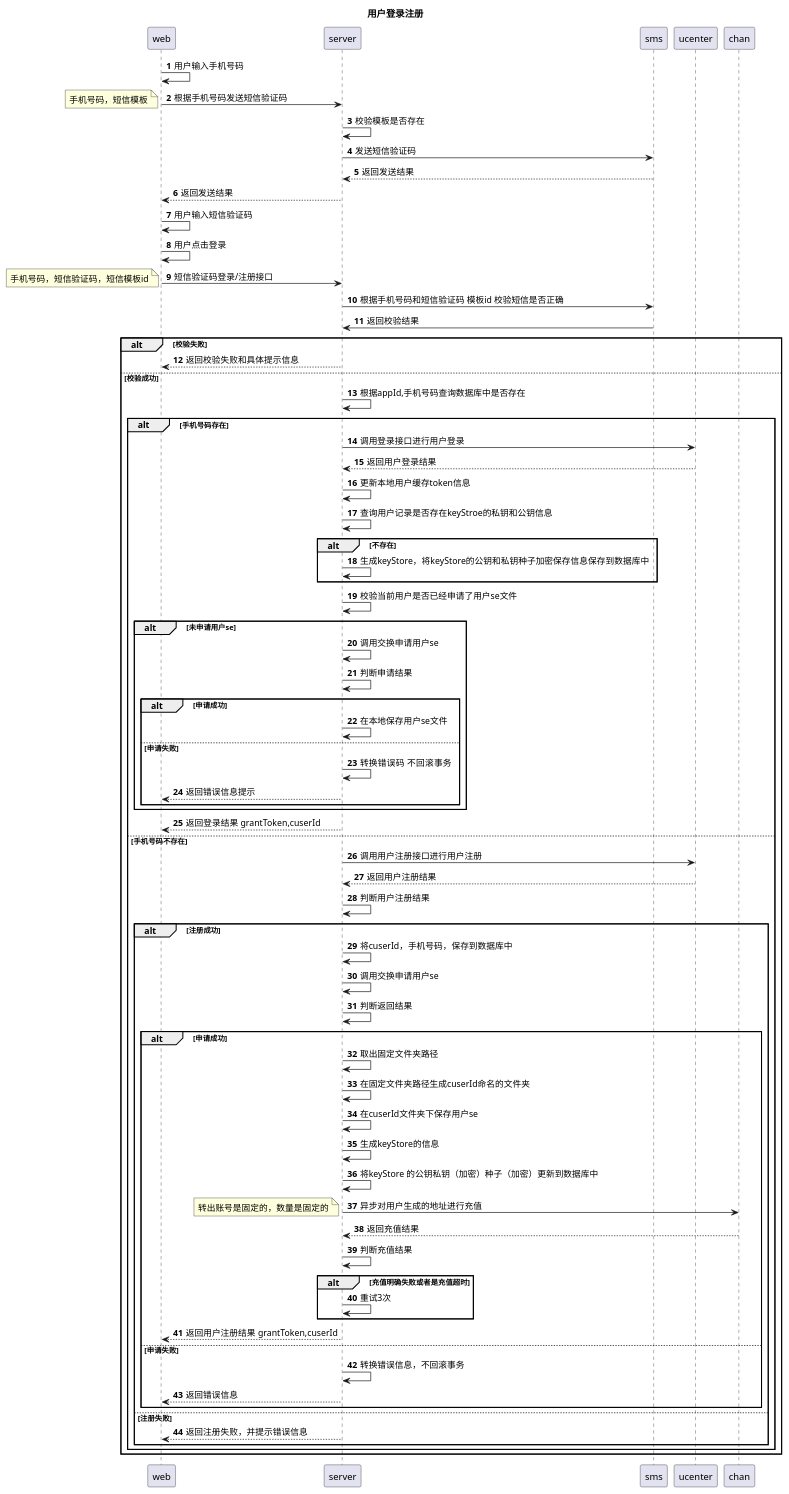
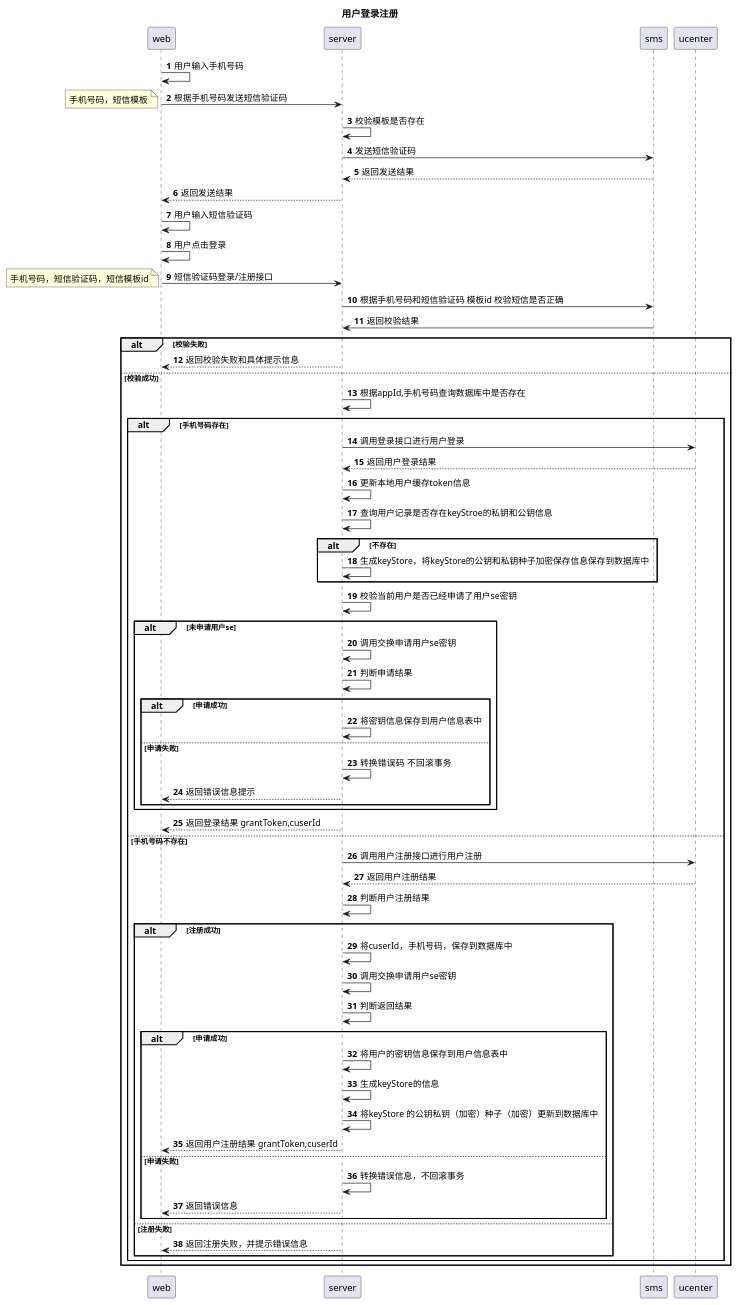
One commit to 13589080127/zc-design changed the diagram in doc/旷肽链文件授权/用户登录注册.puml. Above: the diagram before and after it, drawn with PlantUML. The commit also changed 6 other files, not shown here.

Commit message:
增加uml 图

```diff
--- a/doc/旷肽链文件授权/用户登录注册.puml
+++ b/doc/旷肽链文件授权/用户登录注册.puml
@@ -1,73 +1,64 @@
 @startuml
 title:用户登录注册
 autonumber
 web->web:用户输入手机号码
 web->server:根据手机号码发送短信验证码
 note left: 手机号码，短信模板
 server->server:校验模板是否存在
 server->sms:发送短信验证码
 sms-->server:返回发送结果
 server-->web:返回发送结果
 web->web:用户输入短信验证码
 web->web:用户点击登录
 web->server:短信验证码登录/注册接口
 note left:手机号码，短信验证码，短信模板id
 server->sms:根据手机号码和短信验证码 模板id 校验短信是否正确
 sms->server:返回校验结果
 alt 校验失败
 server-->web:返回校验失败和具体提示信息
 else 校验成功
 server->server:根据appId,手机号码查询数据库中是否存在
 alt 手机号码存在
 server->ucenter:调用登录接口进行用户登录
 ucenter-->server:返回用户登录结果
 server->server:更新本地用户缓存token信息
 server->server:查询用户记录是否存在keyStroe的私钥和公钥信息
 alt 不存在
 server->server:生成keyStore，将keyStore的公钥和私钥种子加密保存信息保存到数据库中
 end
-server->server:校验当前用户是否已经申请了用户se文件
+server->server:校验当前用户是否已经申请了用户se密钥
 alt 未申请用户se
-server->server:调用交换申请用户se
+server->server:调用交换申请用户se密钥
 server->server:判断申请结果
 alt 申请成功
-server->server:在本地保存用户se文件
+server->server:将密钥信息保存到用户信息表中
 else 申请失败
 server->server:转换错误码  不回滚事务
 server-->web:返回错误信息提示
 end
 end
 server-->web:返回登录结果 grantToken,cuserId
 else 手机号码不存在
 server->ucenter:调用用户注册接口进行用户注册
 ucenter-->server:返回用户注册结果
 server->server:判断用户注册结果
 alt 注册成功
 server->server:将cuserId，手机号码，保存到数据库中
-server->server:调用交换申请用户se
+server->server:调用交换申请用户se密钥
 server->server:判断返回结果
 alt 申请成功
-server->server:取出固定文件夹路径
-server->server:在固定文件夹路径生成cuserId命名的文件夹
-server->server:在cuserId文件夹下保存用户se
+server->server:将用户的密钥信息保存到用户信息表中
 server->server:生成keyStore的信息
 server->server: 将keyStore 的公钥私钥（加密）种子（加密）更新到数据库中
-server->chan:异步对用户生成的地址进行充值
-note left: 转出账号是固定的，数量是固定的
-chan-->server:返回充值结果
-server->server:判断充值结果
-alt 充值明确失败或者是充值超时
-server->server:重试3次
-end
 server-->web:返回用户注册结果 grantToken,cuserId
 else 申请失败
 server->server:转换错误信息，不回滚事务
 server-->web:返回错误信息
 end
 else 注册失败
 server-->web:返回注册失败，并提示错误信息
 end
 end
 end
 
 @enduml
```
